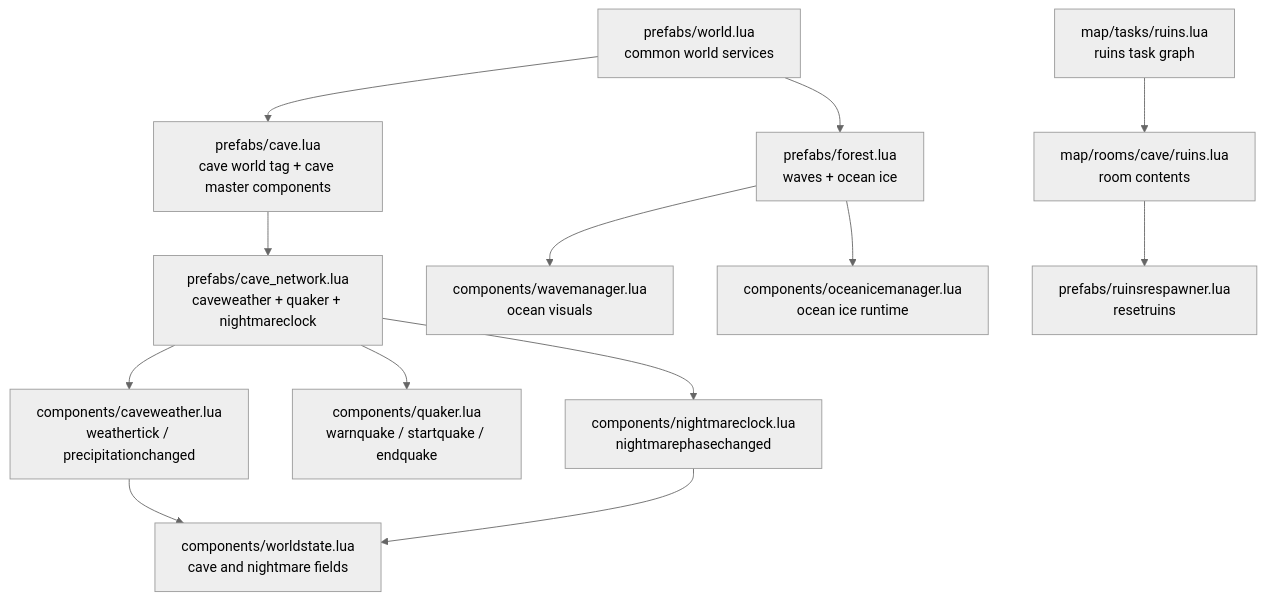
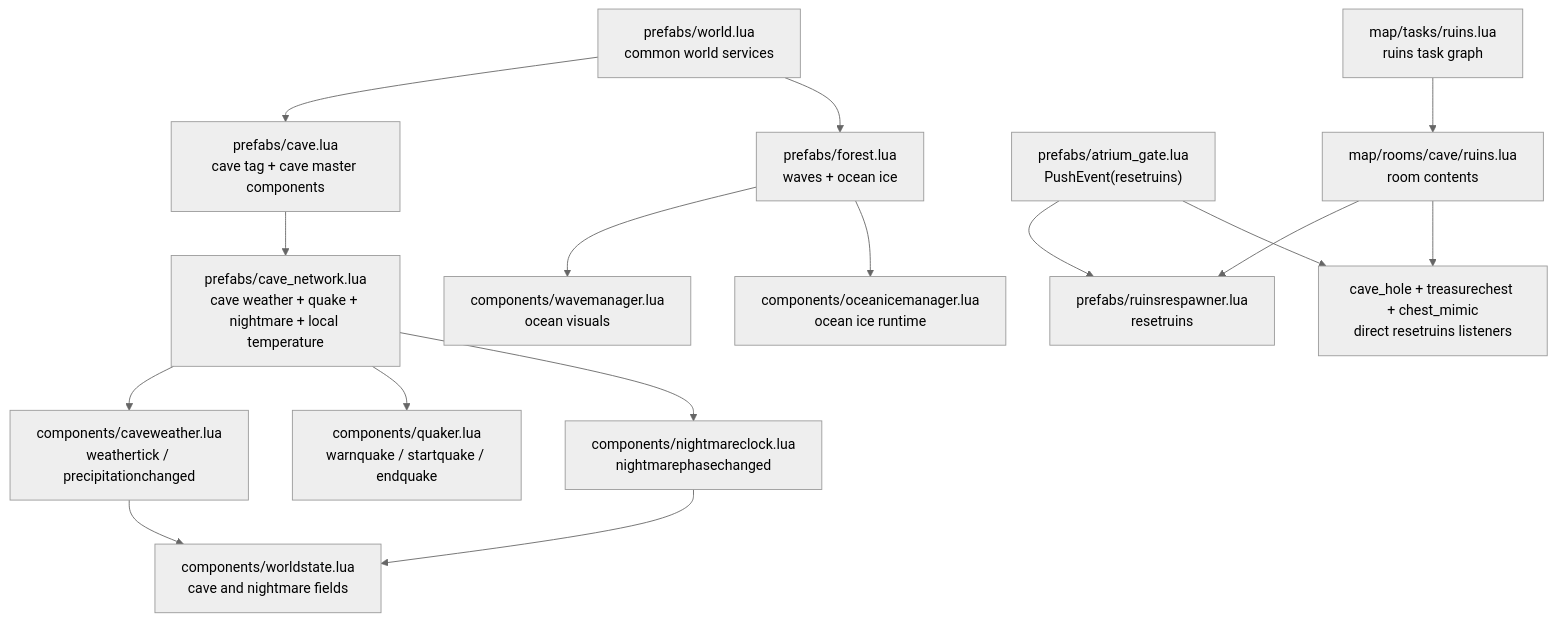
One commit to LetsStarveTogether/dst-server changed the diagram in dst-scripts/index/0x5000-world-simulation/0x5200-world-state/0x5202-caves-ocean-ruins.md. Above: the diagram before and after it, drawn with Mermaid (neutral theme). The commit also changed other lines of this file and 83 other files, not shown here.

```diff
--- a/dst-scripts/index/0x5000-world-simulation/0x5200-world-state/0x5202-caves-ocean-ruins.md
+++ b/dst-scripts/index/0x5000-world-simulation/0x5200-world-state/0x5202-caves-ocean-ruins.md
@@ -60,29 +72,34 @@
 ~~~mermaid
 flowchart TD
     A["prefabs/world.lua\ncommon world services"]
-    B["prefabs/cave.lua\ncave world tag + cave master components"]
-    C["prefabs/cave_network.lua\ncaveweather + quaker + nightmareclock"]
+    B["prefabs/cave.lua\ncave tag + cave master components"]
+    C["prefabs/cave_network.lua\ncave weather + quake + nightmare + local temperature"]
     D["components/caveweather.lua\nweathertick / precipitationchanged"]
     E["components/quaker.lua\nwarnquake / startquake / endquake"]
     F["components/nightmareclock.lua\nnightmarephasechanged"]
     G["components/worldstate.lua\ncave and nightmare fields"]
     H["map/tasks/ruins.lua\nruins task graph"]
     I["map/rooms/cave/ruins.lua\nroom contents"]
     J["prefabs/ruinsrespawner.lua\nresetruins"]
+    N["prefabs/atrium_gate.lua\nPushEvent(resetruins)"]
+    O["cave_hole + treasurechest + chest_mimic\ndirect resetruins listeners"]
     K["prefabs/forest.lua\nwaves + ocean ice"]
     L["components/wavemanager.lua\nocean visuals"]
     M["components/oceanicemanager.lua\nocean ice runtime"]
 
     A --> B
     B --> C
     C --> D
     C --> E
     C --> F
     D --> G
     F --> G
     H --> I
     I --> J
+    I --> O
+    N --> J
+    N --> O
     A --> K
     K --> L
     K --> M
 ~~~
```
